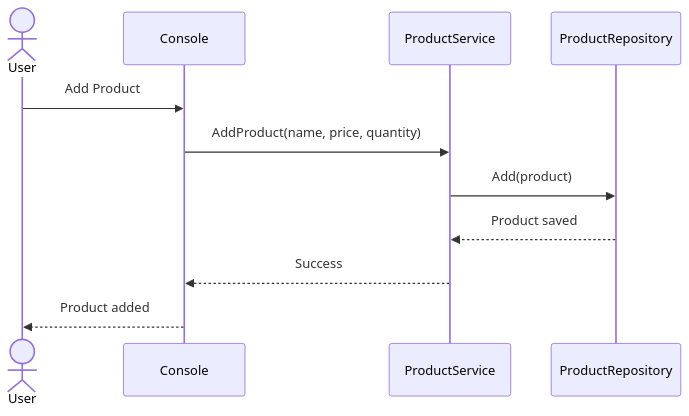
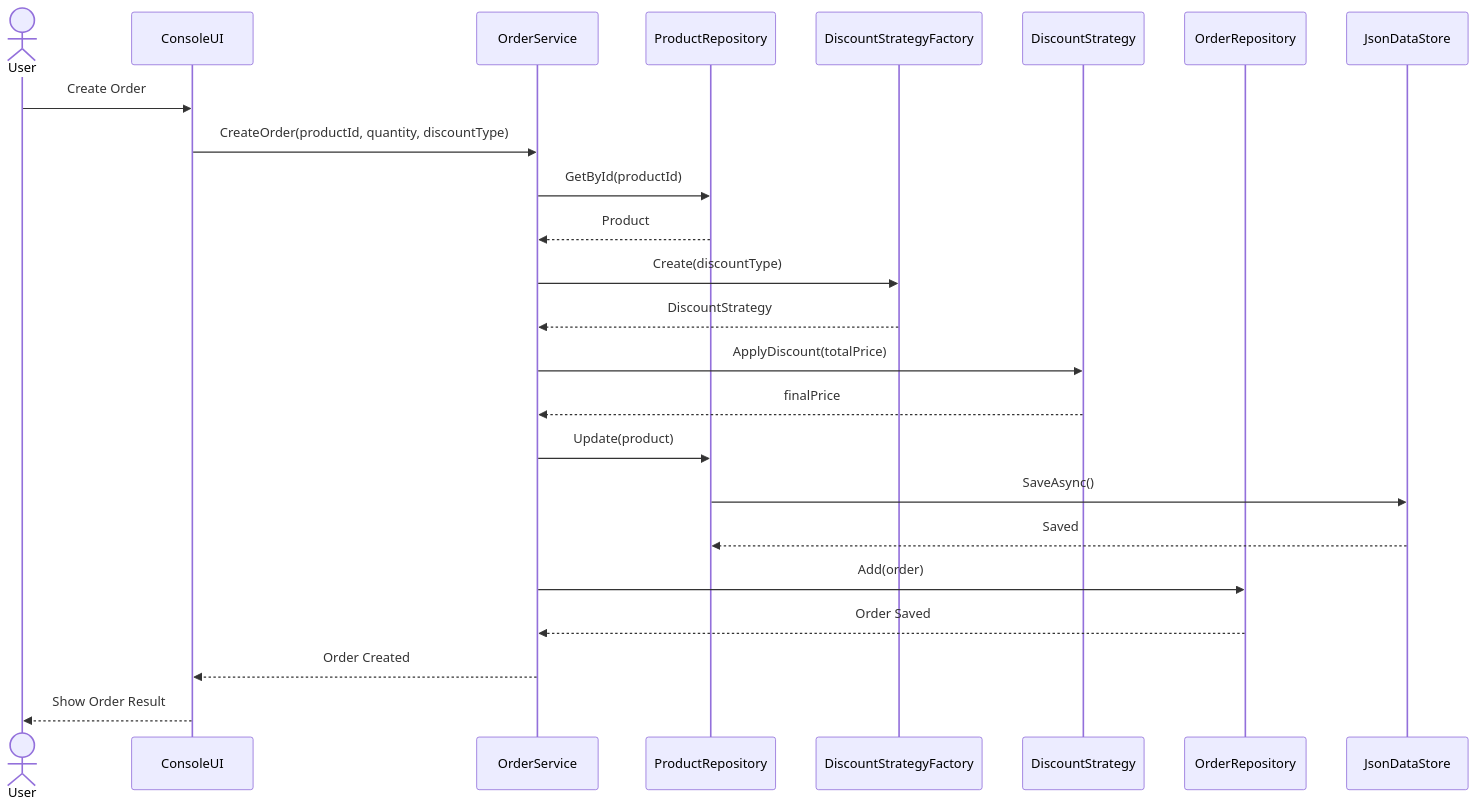
One commit to valery2024-2024/WarehouseManagementSystem changed the diagram in docs/sequence-diagram.md. Above: the diagram before and after it, drawn with Mermaid. The commit also changed other lines of this file and 8 other files, not shown here.

````diff
--- a/docs/sequence-diagram.md
+++ b/docs/sequence-diagram.md
@@ -3,16 +3,43 @@
 ```mermaid
 sequenceDiagram
 
 actor User
 
-participant Console
-participant ProductService
+participant ConsoleUI
+participant OrderService
 participant ProductRepository
+participant DiscountStrategyFactory
+participant DiscountStrategy
+participant OrderRepository
+participant JsonDataStore
 
-User ->> Console: Add Product
-Console ->> ProductService: AddProduct(name, price, quantity)
-ProductService ->> ProductRepository: Add(product)
-ProductRepository -->> ProductService: Product saved
-ProductService -->> Console: Success
-Console -->> User: Product added
+User ->> ConsoleUI: Create Order
+
+ConsoleUI ->> OrderService: CreateOrder(productId, quantity, discountType)
+
+OrderService ->> ProductRepository: GetById(productId)
+
+ProductRepository -->> OrderService: Product
+
+OrderService ->> DiscountStrategyFactory: Create(discountType)
+
+DiscountStrategyFactory -->> OrderService: DiscountStrategy
+
+OrderService ->> DiscountStrategy: ApplyDiscount(totalPrice)
+
+DiscountStrategy -->> OrderService: finalPrice
+
+OrderService ->> ProductRepository: Update(product)
+
+ProductRepository ->> JsonDataStore: SaveAsync()
+
+JsonDataStore -->> ProductRepository: Saved
+
+OrderService ->> OrderRepository: Add(order)
+
+OrderRepository -->> OrderService: Order Saved
+
+OrderService -->> ConsoleUI: Order Created
+
+ConsoleUI -->> User: Show Order Result
 ```
````
